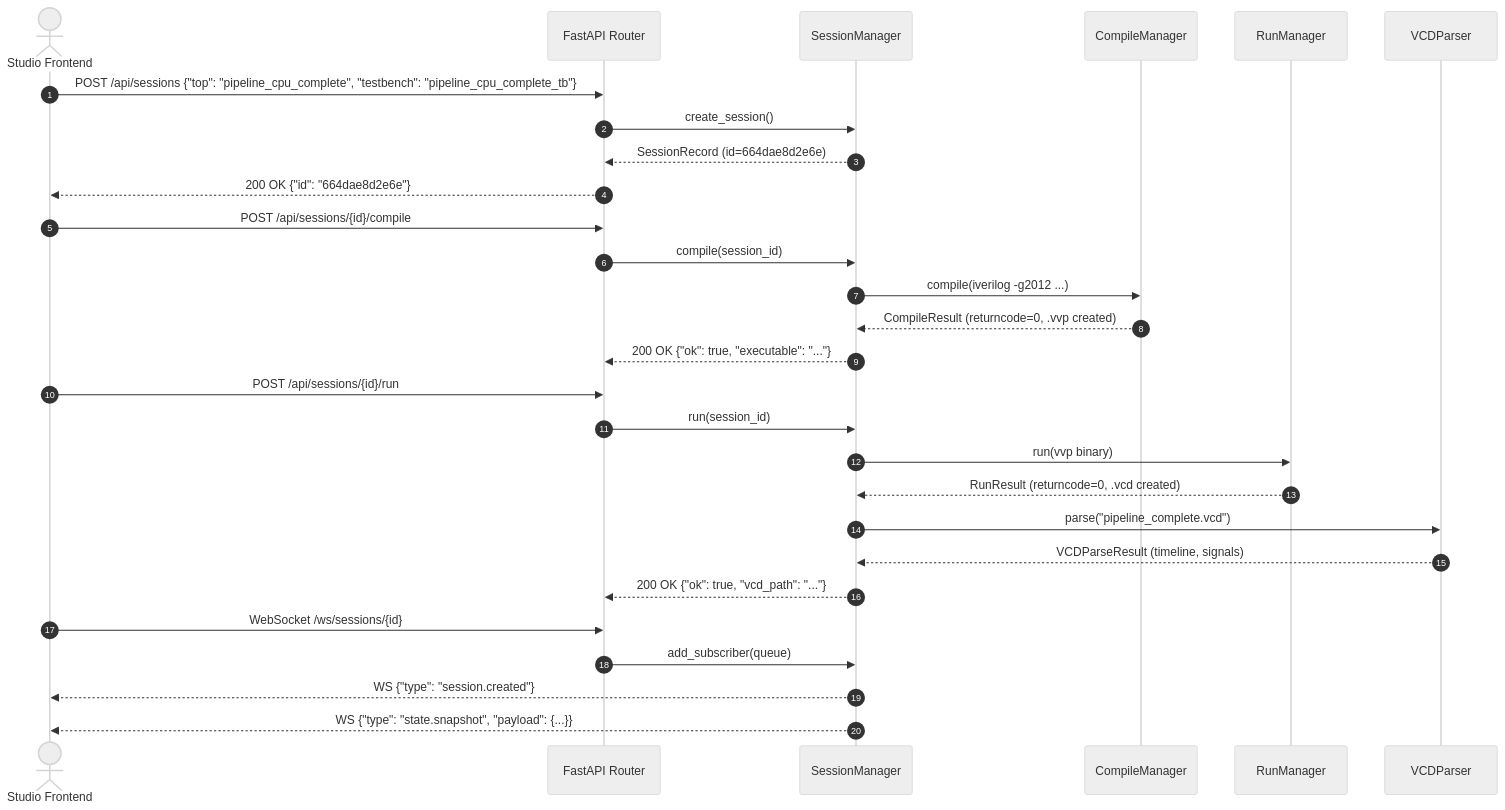
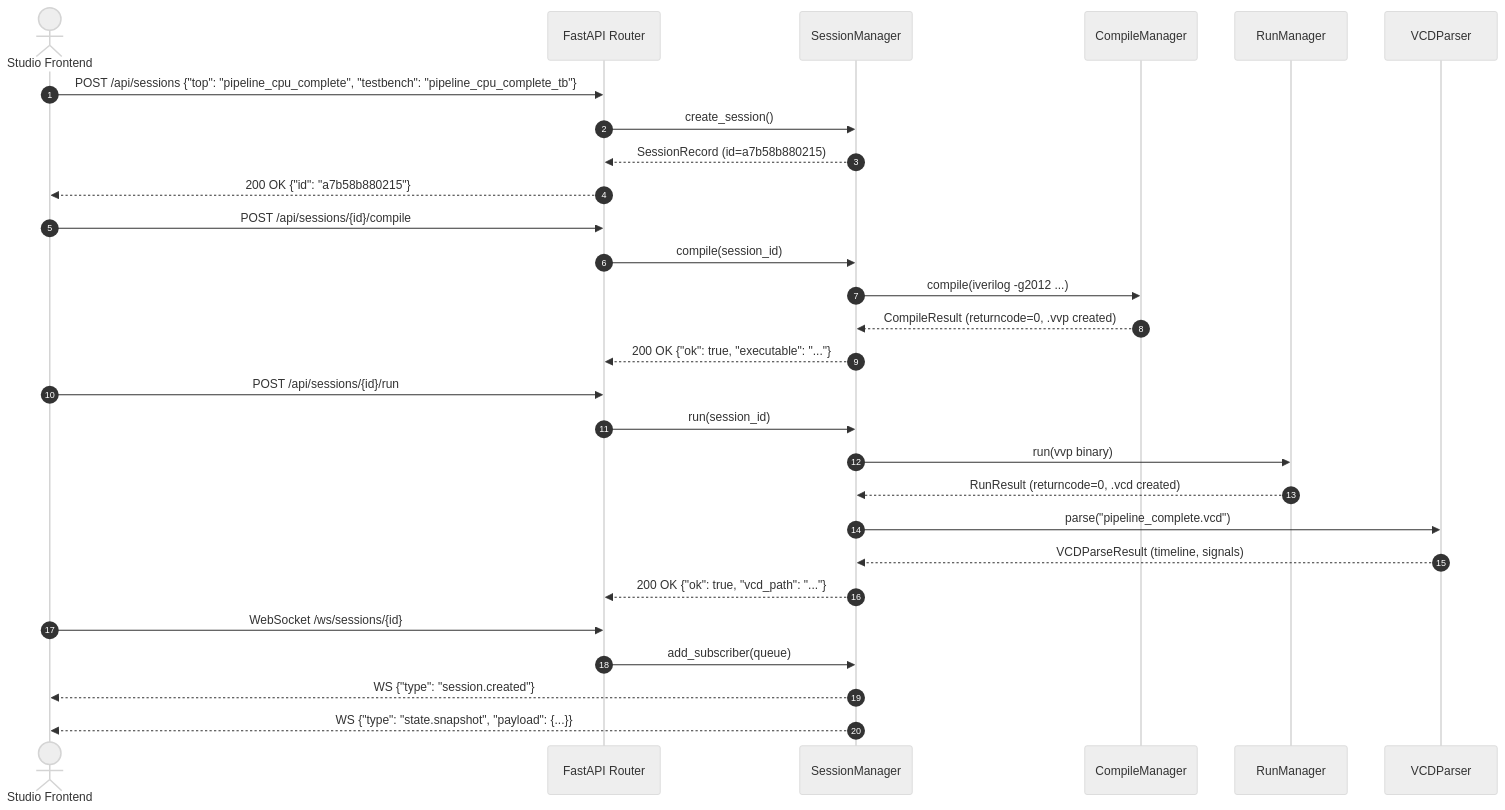
One commit to IamChandu114/-QuantumRISC changed the third of 4 diagrams in README.md. Above: the diagram before and after it, drawn with Mermaid (neutral theme). The commit also changed other lines of this file, not shown here.

Commit message:
docs: add verified engineering highlights, captured API schema, curl workflow, and design trade-offs

````diff
--- a/README.md
+++ b/README.md
@@ -193,34 +198,34 @@
 ```mermaid
 sequenceDiagram
     autonumber
     actor Client as Studio Frontend
     participant API as FastAPI Router
     participant Mgr as SessionManager
     participant Comp as CompileManager
     participant Run as RunManager
     participant VCD as VCDParser
 
     Client->>API: POST /api/sessions {"top": "pipeline_cpu_complete", "testbench": "pipeline_cpu_complete_tb"}
     API->>Mgr: create_session()
-    Mgr-->>API: SessionRecord (id=664dae8d2e6e)
-    API-->>Client: 200 OK {"id": "664dae8d2e6e"}
+    Mgr-->>API: SessionRecord (id=a7b58b880215)
+    API-->>Client: 200 OK {"id": "a7b58b880215"}
 
     Client->>API: POST /api/sessions/{id}/compile
     API->>Mgr: compile(session_id)
     Mgr->>Comp: compile(iverilog -g2012 ...)
     Comp-->>Mgr: CompileResult (returncode=0, .vvp created)
     Mgr-->>API: 200 OK {"ok": true, "executable": "..."}
 
     Client->>API: POST /api/sessions/{id}/run
     API->>Mgr: run(session_id)
     Mgr->>Run: run(vvp binary)
     Run-->>Mgr: RunResult (returncode=0, .vcd created)
     Mgr->>VCD: parse("pipeline_complete.vcd")
     VCD-->>Mgr: VCDParseResult (timeline, signals)
     Mgr-->>API: 200 OK {"ok": true, "vcd_path": "..."}
 
     Client->>API: WebSocket /ws/sessions/{id}
     API->>Mgr: add_subscriber(queue)
     Mgr-->>Client: WS {"type": "session.created"}
     Mgr-->>Client: WS {"type": "state.snapshot", "payload": {...}}
 ```
````
